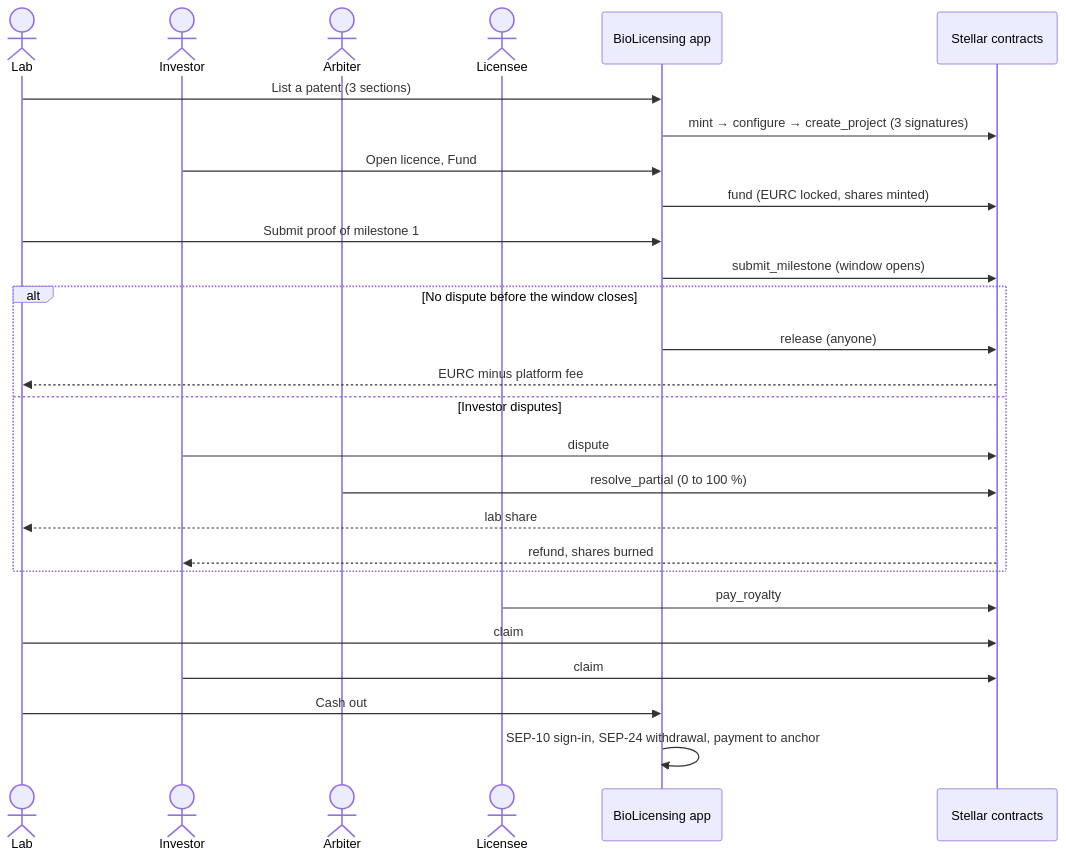
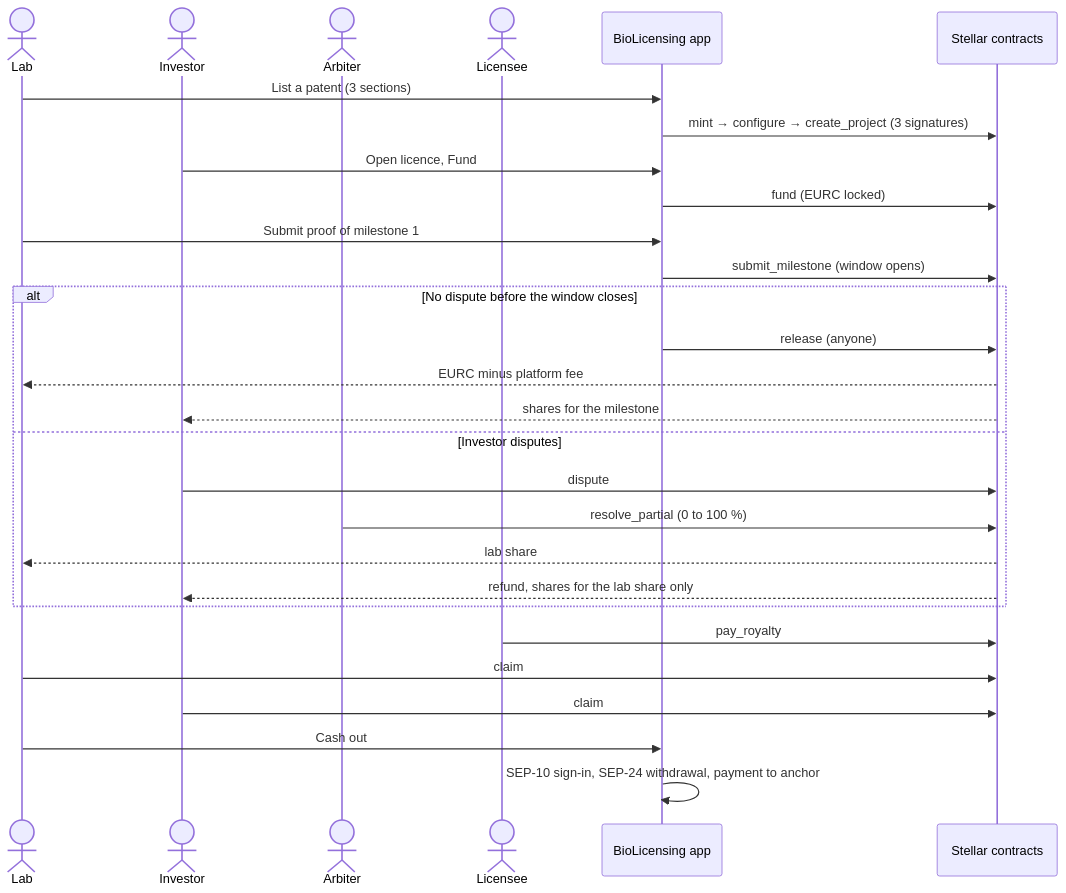
One commit to Team-hackmeridian-2026/Hackmeridian2026 changed the eighth of 8 diagrams in OVERVIEW.md. Above: the diagram before and after it, drawn with Mermaid. The commit also changed other lines of this file and 6 other files, not shown here.

First line of the commit message:
Mint escrow shares on milestone payment, not funding

````diff
--- a/OVERVIEW.md
+++ b/OVERVIEW.md
@@ -449,30 +449,31 @@
 ```mermaid
 sequenceDiagram
     actor Lab
     actor Investor
     actor Arbiter
     actor Licensee
     participant App as BioLicensing app
     participant Chain as Stellar contracts
 
     Lab->>App: List a patent (3 sections)
     App->>Chain: mint → configure → create_project (3 signatures)
     Investor->>App: Open licence, Fund
-    App->>Chain: fund (EURC locked, shares minted)
+    App->>Chain: fund (EURC locked)
     Lab->>App: Submit proof of milestone 1
     App->>Chain: submit_milestone (window opens)
     alt No dispute before the window closes
         App->>Chain: release (anyone)
         Chain-->>Lab: EURC minus platform fee
+        Chain-->>Investor: shares for the milestone
     else Investor disputes
         Investor->>Chain: dispute
         Arbiter->>Chain: resolve_partial (0 to 100 %)
         Chain-->>Lab: lab share
-        Chain-->>Investor: refund, shares burned
+        Chain-->>Investor: refund, shares for the lab share only
     end
     Licensee->>Chain: pay_royalty
     Lab->>Chain: claim
     Investor->>Chain: claim
     Lab->>App: Cash out
     App->>App: SEP-10 sign-in, SEP-24 withdrawal, payment to anchor
 ```
````
